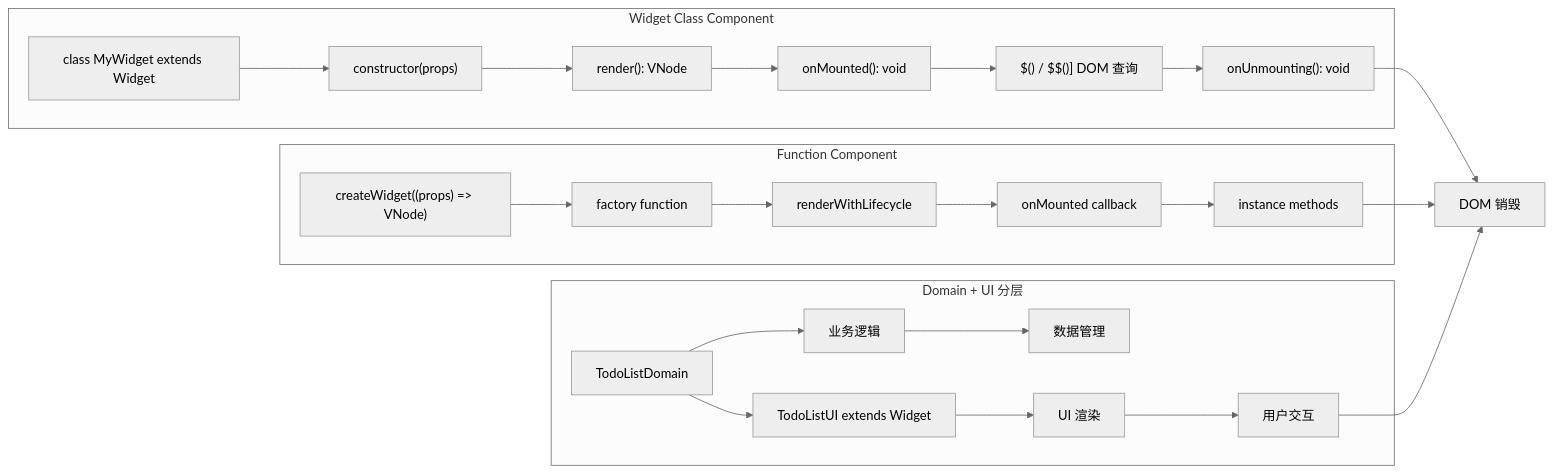
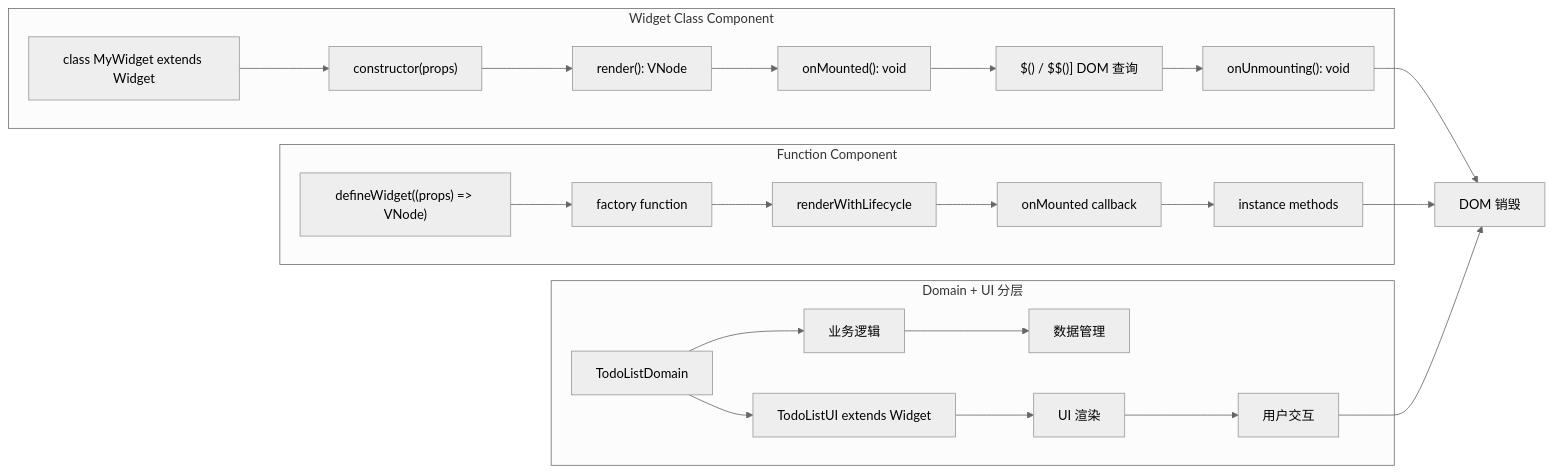
One commit to fukict/fukict changed the third of 3 diagrams in packages/widget/README.md. Above: the diagram before and after it, drawn with Mermaid (neutral theme). The commit also changed other lines of this file and 19 other files, not shown here.

Commit message:
fix: refactor: consolidate metadata structure and add defineWidget alias

````diff
--- a/packages/widget/README.md
+++ b/packages/widget/README.md
@@ -51,29 +51,29 @@
 ```mermaid
 graph LR
     subgraph "Widget Class Component"
     A1["class MyWidget extends Widget"] --> A2["constructor(props)"]
     A2 --> A3["render(): VNode"]
     A3 --> A4["onMounted(): void"]
     A4 --> A5["$() / $$()] DOM 查询"]
     A5 --> A6["onUnmounting(): void"]
     end
 
     subgraph "Function Component"
-    B1["createWidget((props) => VNode)"] --> B2["factory function"]
+    B1["defineWidget((props) => VNode)"] --> B2["factory function"]
     B2 --> B3["renderWithLifecycle"]
     B3 --> B4["onMounted callback"]
     B4 --> B5["instance methods"]
     end
 
     subgraph "Domain + UI 分层"
     C1["TodoListDomain"] --> C2["业务逻辑"]
     C2 --> C3["数据管理"]
     C4["TodoListUI extends Widget"] --> C5["UI 渲染"]
     C5 --> C6["用户交互"]
     C1 --> C4
     end
 
     A6 --> D["DOM 销毁"]
     B5 --> D
     C6 --> D
 ```
````
